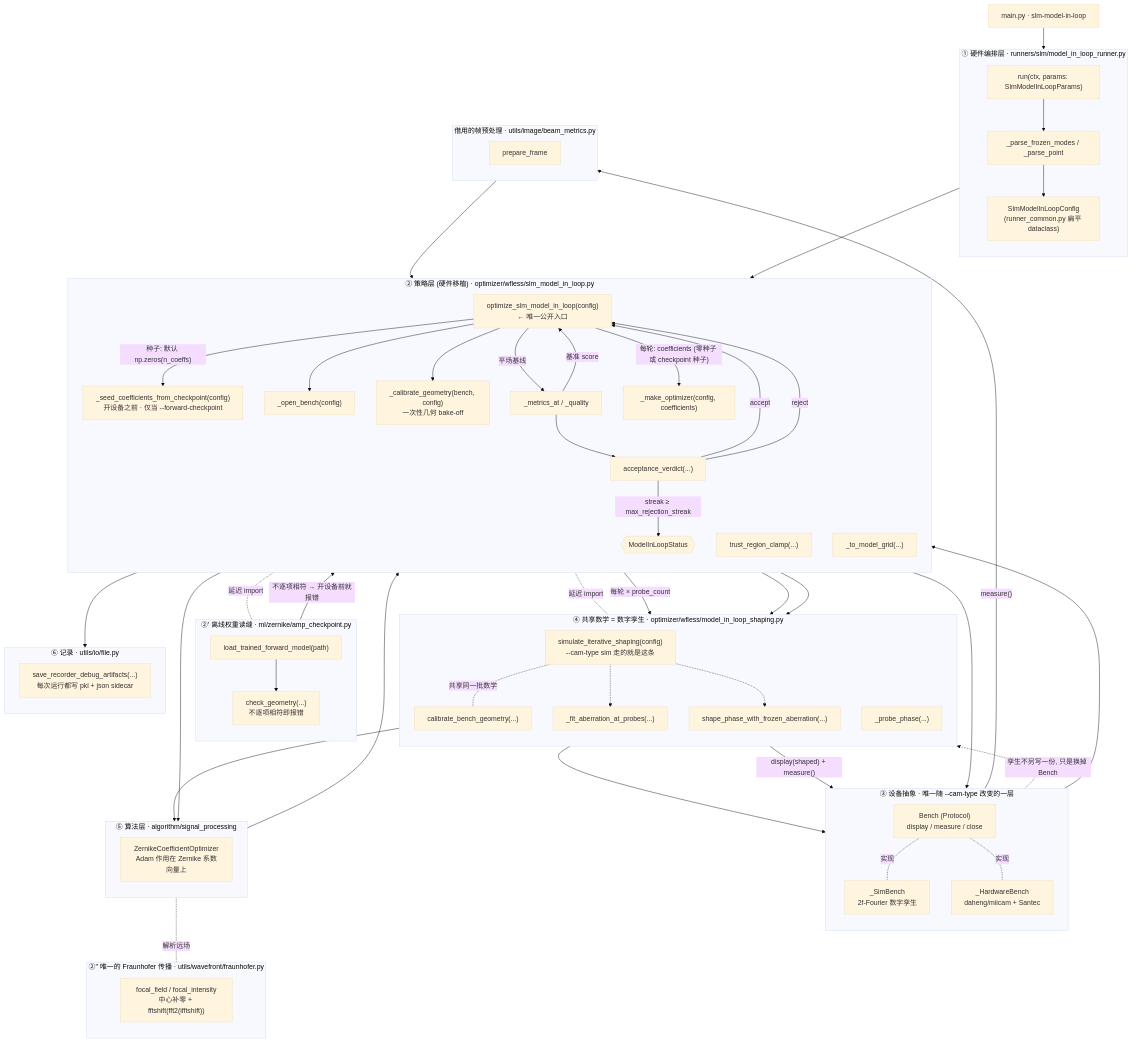
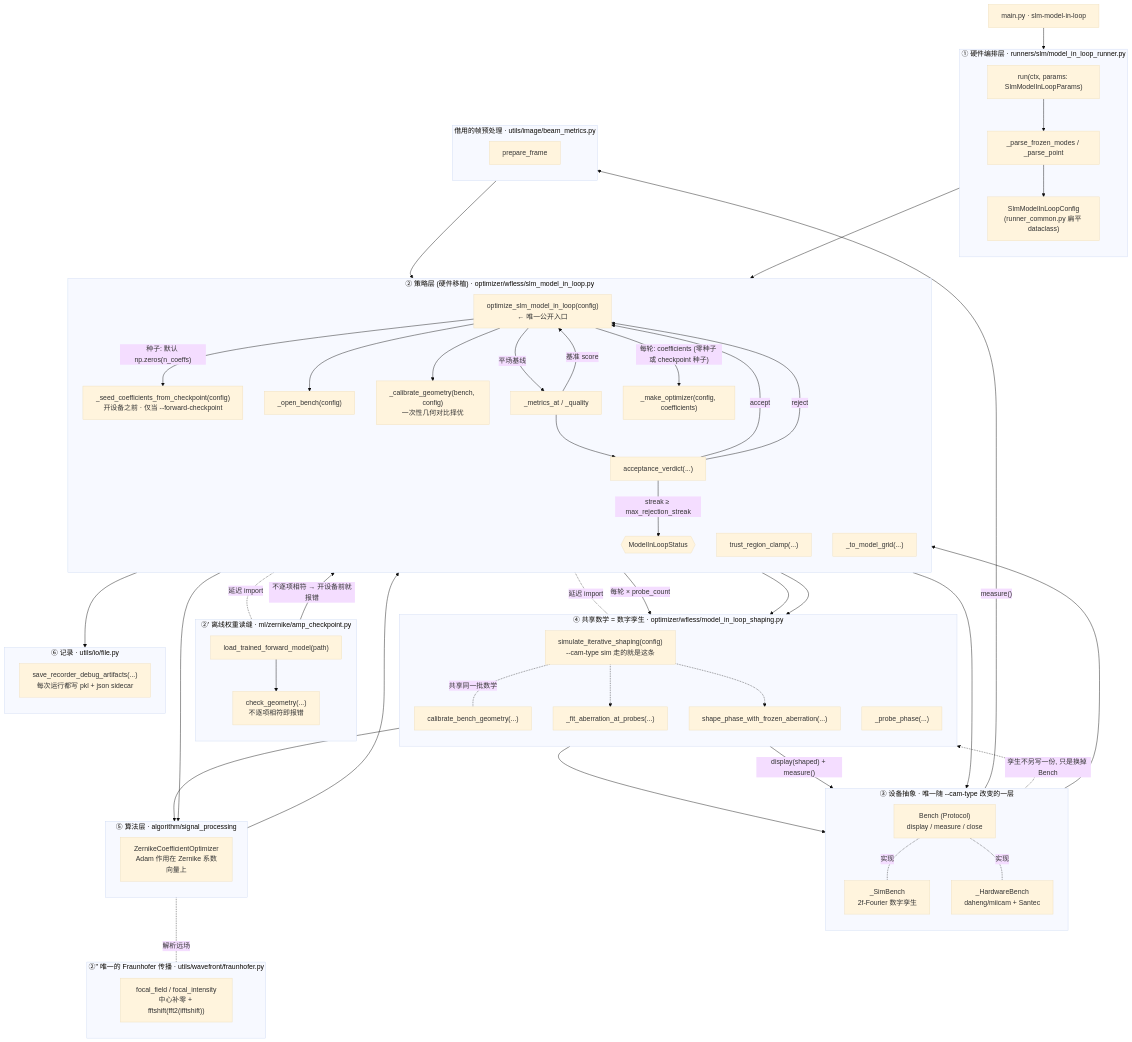
One commit to ywzhang909/AO-shaping changed the first of 4 diagrams in docs/slm/model_in_loop_algorithm.md. Above: the diagram before and after it, drawn with Mermaid (base theme). The commit also changed other lines of this file and 29 other files, not shown here.

First line of the commit message:
docs,code: replace bake-off with 对比择优 in all Chinese contexts (T-54)

```diff
--- a/docs/slm/model_in_loop_algorithm.md
+++ b/docs/slm/model_in_loop_algorithm.md
@@ -45,7 +45,7 @@
         OPT["optimize_slm_model_in_loop(config)<br/>← 唯一公开入口"]
         SEED["_seed_coefficients_from_checkpoint(config)<br/>开设备之前 · 仅当 --forward-checkpoint"]
         OPEN["_open_bench(config)"]
-        GEOM["_calibrate_geometry(bench, config)<br/>一次性几何 bake-off"]
+        GEOM["_calibrate_geometry(bench, config)<br/>一次性几何对比择优"]
         MKOPT["_make_optimizer(config, coefficients)"]
         CLAMP["trust_region_clamp(...)"]
         QUAL["_metrics_at / _quality"]
```
